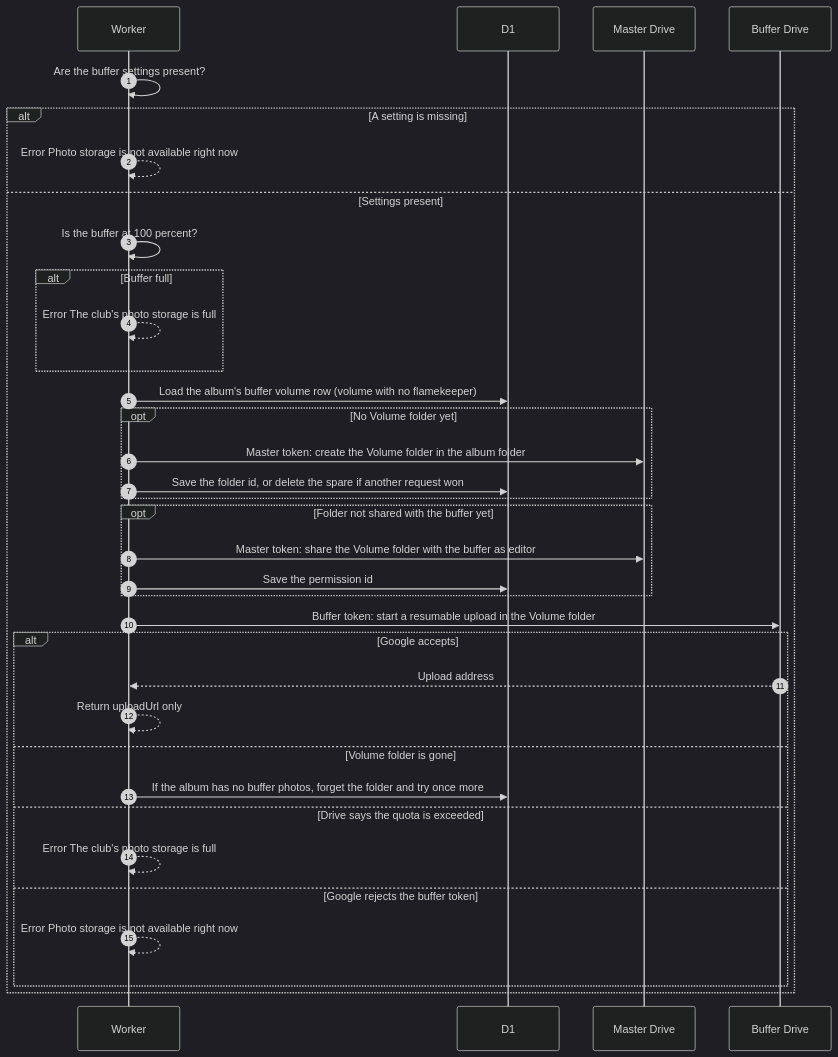
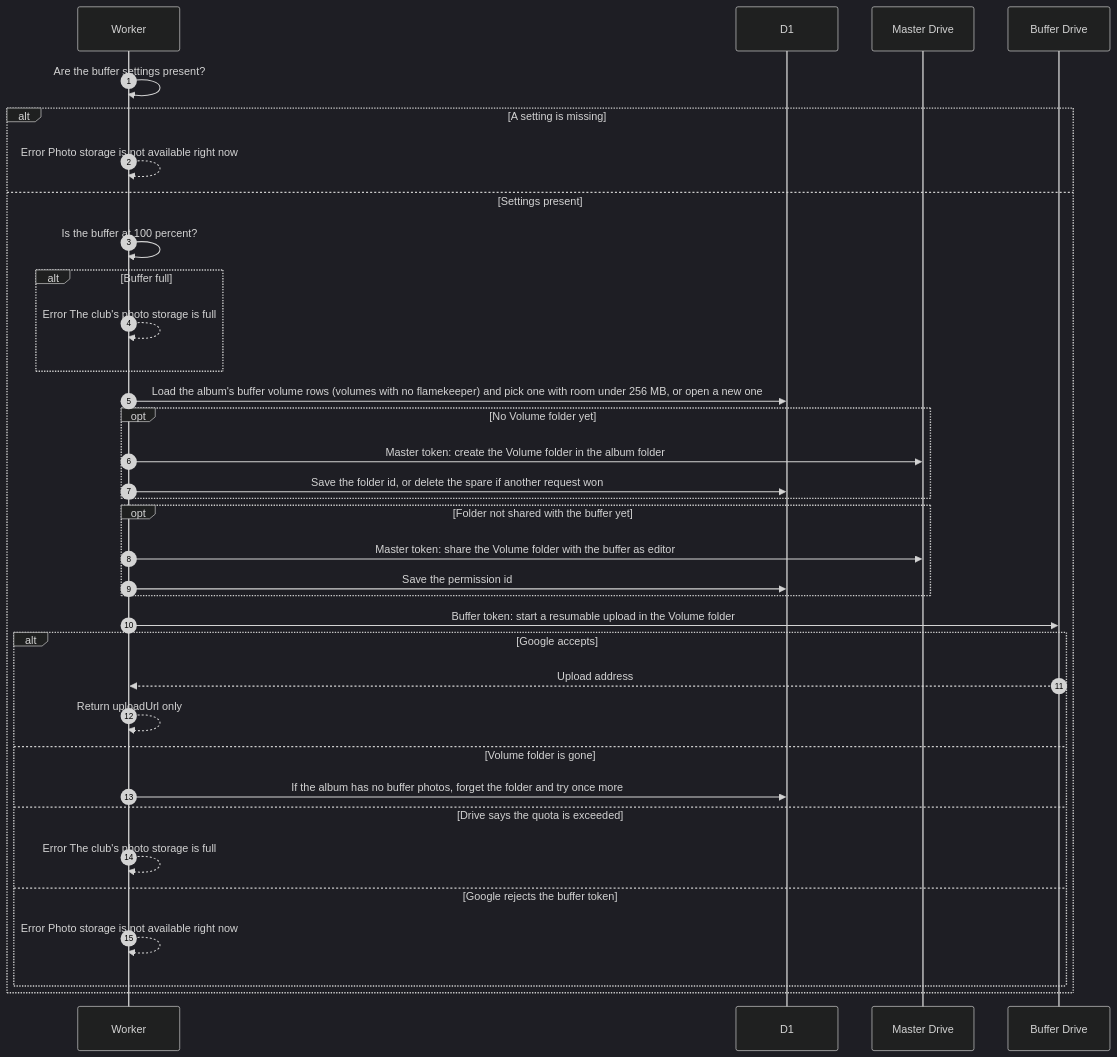
Before and after one commit to sagyzdop/meriksirat: the diagram in docs/scenarios/albums/upload-to-buffer.md, drawn with Mermaid (dark theme). The commit also changed other lines of this file and 157 other files, not shown here.

````diff
--- a/docs/scenarios/albums/upload-to-buffer.md
+++ b/docs/scenarios/albums/upload-to-buffer.md
@@ -16,37 +16,37 @@
 ```mermaid
 sequenceDiagram
     autonumber
     participant W as Worker
     participant D as D1
     participant G as Master Drive
     participant B as Buffer Drive
     W->>W: Are the buffer settings present?
     alt A setting is missing
         W-->>W: Error Photo storage is not available right now
     else Settings present
         W->>W: Is the buffer at 100 percent?
         alt Buffer full
             W-->>W: Error The club's photo storage is full
         end
-        W->>D: Load the album's buffer volume row (volume with no flamekeeper)
+        W->>D: Load the album's buffer volume rows (volumes with no flamekeeper) and pick one with room under 256 MB, or open a new one
         opt No Volume folder yet
             W->>G: Master token: create the Volume folder in the album folder
             W->>D: Save the folder id, or delete the spare if another request won
         end
         opt Folder not shared with the buffer yet
             W->>G: Master token: share the Volume folder with the buffer as editor
             W->>D: Save the permission id
         end
         W->>B: Buffer token: start a resumable upload in the Volume folder
         alt Google accepts
             B-->>W: Upload address
             W-->>W: Return uploadUrl only
         else Volume folder is gone
             W->>D: If the album has no buffer photos, forget the folder and try once more
         else Drive says the quota is exceeded
             W-->>W: Error The club's photo storage is full
         else Google rejects the buffer token
             W-->>W: Error Photo storage is not available right now
         end
     end
 ```
````
